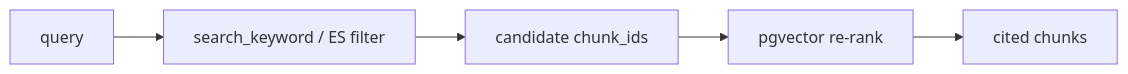
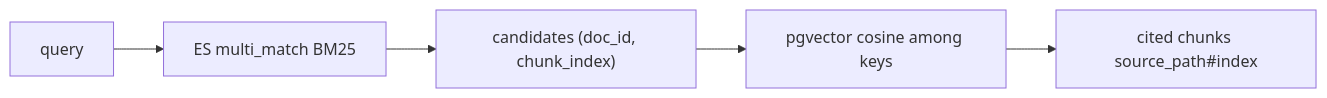
The diagram in docs/milestones/M27-hybrid-retrieval.md (CharlotteYW/mini-claude-code), drawn with Mermaid before and after one commit. The commit also changed other lines of this file and 11 other files, not shown here.

First line of the commit message:
Ship M27 hybrid retrieval: ES candidates then pgvector re-rank.

````diff
--- a/docs/milestones/M27-hybrid-retrieval.md
+++ b/docs/milestones/M27-hybrid-retrieval.md
@@ -30,7 +36,7 @@
 ```mermaid
 flowchart LR
-  Q[query] --> ES[search_keyword / ES filter]
-  ES --> IDs[candidate chunk_ids]
-  IDs --> V[pgvector re-rank]
-  V --> Out[cited chunks]
+  Q[query] --> ES[ES multi_match BM25]
+  ES --> Cand["candidates (doc_id, chunk_index)"]
+  Cand --> PV[pgvector cosine among keys]
+  PV --> Out["cited chunks source_path#index"]
 ```
````
